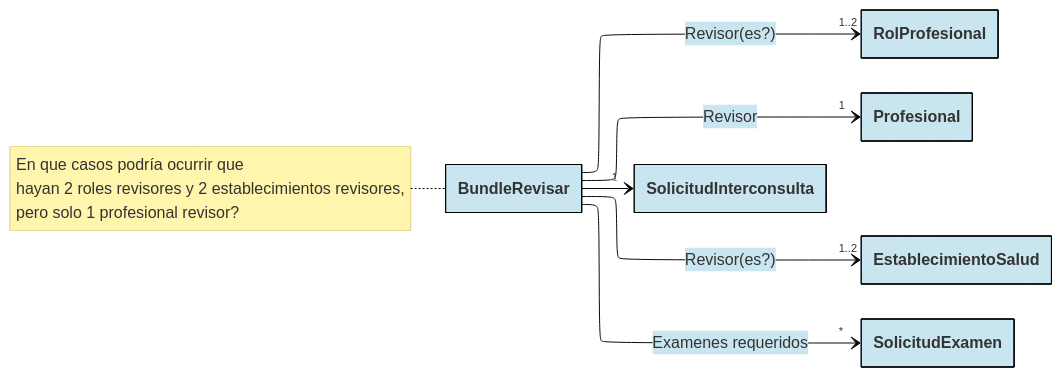
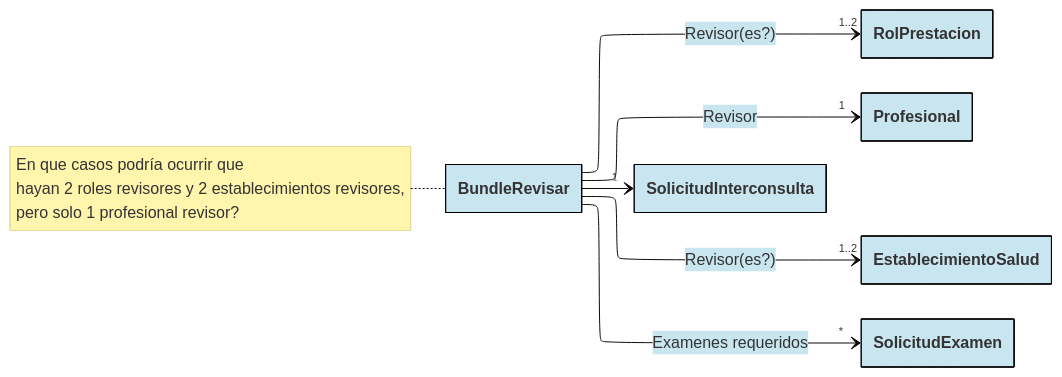
Before and after one commit to chris-f23/diagramas-fhir-tei: the diagram in docs/bundles/3.BundleRevisar.mmd, drawn with Mermaid. The commit also changed 7 other files, not shown here.

Commit message:
Agrega "bundle agendar" - Corrige "RolProfesional" por "RolPrestacion" - Corrige "Profesional" por "Prestador" - Agrega "PrestadorProfesional" y "PrestadorAdministrativo"

```diff
--- a/docs/bundles/3.BundleRevisar.mmd
+++ b/docs/bundles/3.BundleRevisar.mmd
@@ -1,55 +1,55 @@
 ---
 config:
   layout: elk
   theme: base
   class:
     hideEmptyMembersBox: true
   themeVariables:
     primaryBorderColor: "#000000"
     primaryColor: "#C9E6F0"
 ---
 
 classDiagram
 direction LR
 
 
 
 BundleRevisar --> "1" SolicitudInterconsulta
 link SolicitudInterconsulta "https://github.com/chris-f23/diagramas-fhir-tei/blob/main/docs/SolicitudInterconsulta.mmd"
 
-BundleRevisar --> "1..2" RolProfesional: Revisor(es?)
-link RolProfesional "https://github.com/chris-f23/diagramas-fhir-tei/blob/main/docs/RolProfesional.mmd"
+BundleRevisar --> "1..2" RolPrestacion: Revisor(es?)
+link RolPrestacion "https://github.com/chris-f23/diagramas-fhir-tei/blob/main/docs/RolPrestacion.mmd"
 
 BundleRevisar --> "1" Profesional: Revisor
-link Profesional "https://github.com/chris-f23/diagramas-fhir-tei/blob/main/docs/Profesional.mmd"
+link Profesional "https://github.com/chris-f23/diagramas-fhir-tei/blob/main/docs/Prestador.mmd"
 
 BundleRevisar --> "1..2" EstablecimientoSalud: Revisor(es?)
 link EstablecimientoSalud "https://github.com/chris-f23/diagramas-fhir-tei/blob/main/docs/EstablecimientoSalud.mmd"
 
 BundleRevisar --> "*" SolicitudExamen: Examenes requeridos
 link SolicitudExamen "https://github.com/chris-f23/diagramas-fhir-tei/blob/main/docs/SolicitudExamen.mmd"
 note for BundleRevisar "En que casos podría ocurrir que
 hayan 2 roles revisores y 2 establecimientos revisores,
 pero solo 1 profesional revisor?"
 
-%% RolProfesional ..> "1" EstablecimientoSalud
-%% RolProfesional ..> "1" Profesional
+%% RolPrestacion ..> "1" EstablecimientoSalud
+%% RolPrestacion ..> "1" Profesional
 
 %% SolicitudInterconsulta ..> "1" Paciente: Subject
 %% SolicitudInterconsulta ..> "0..1" AtencionInicial: Encounter
-%% SolicitudInterconsulta ..> "0..1" RolProfesional: Requester
+%% SolicitudInterconsulta ..> "0..1" RolPrestacion: Requester
 
 
 %% AtencionInicial ..> "1" Paciente: Subject
 %% AtencionInicial ..> "1" CondicionDiagnostico: Diagnostico de inicio
 
 
 
 %% SolicitudInterconsulta ..> "0..1" CondicionDiagnostico: Diagnostico de inicio
 %% SolicitudInterconsulta ..> "*" AlergiaOIntolerancia: Alergias
 %% SolicitudInterconsulta ..> "0..1" Observacion: Indice de comorbilidad
 %% SolicitudInterconsulta ..> "0..1" Observacion: Es cuidador
 %% SolicitudInterconsulta ..> "0..1" Observacion: Tiene discapacidad
 %% SolicitudInterconsulta ..> "0..1" MotivoDerivacion: Motivo de derivación
 %% SolicitudInterconsulta ..> "*" SolicitudExamen: Solicitudes de examenes
 %% SolicitudInterconsulta ..> "*" Observacion: Resultados de examenes
```
